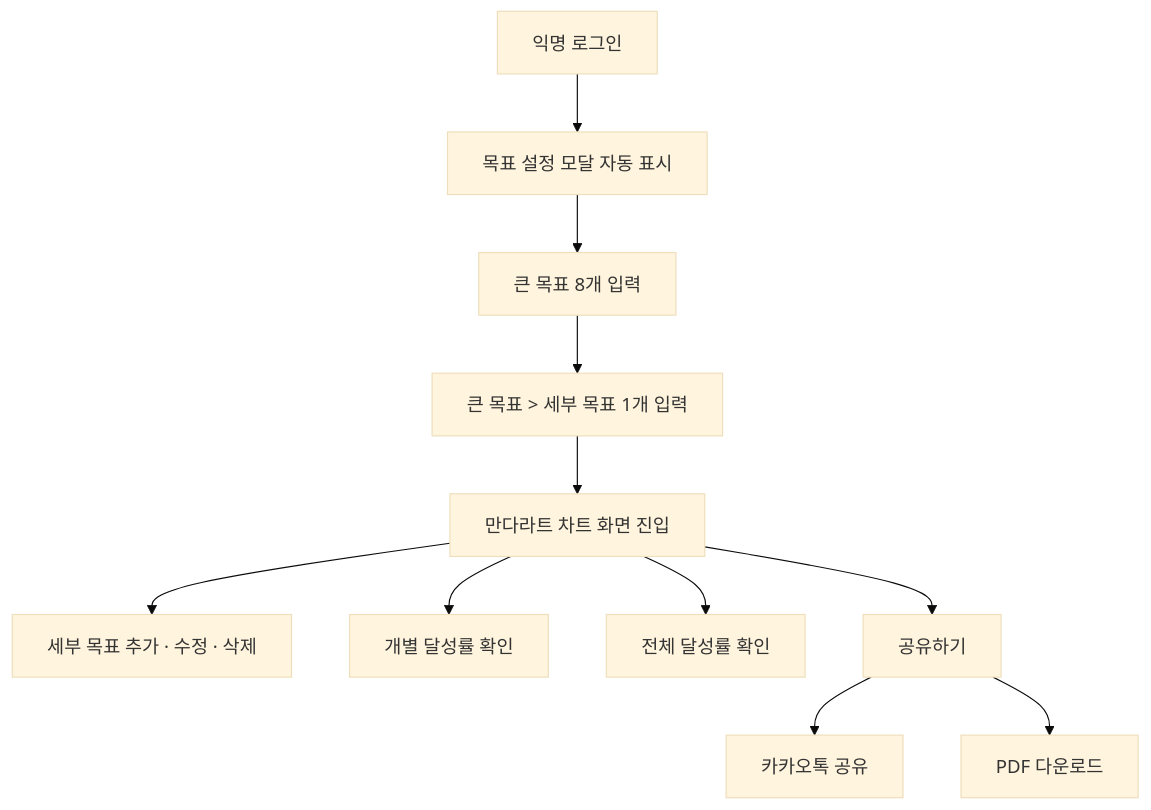
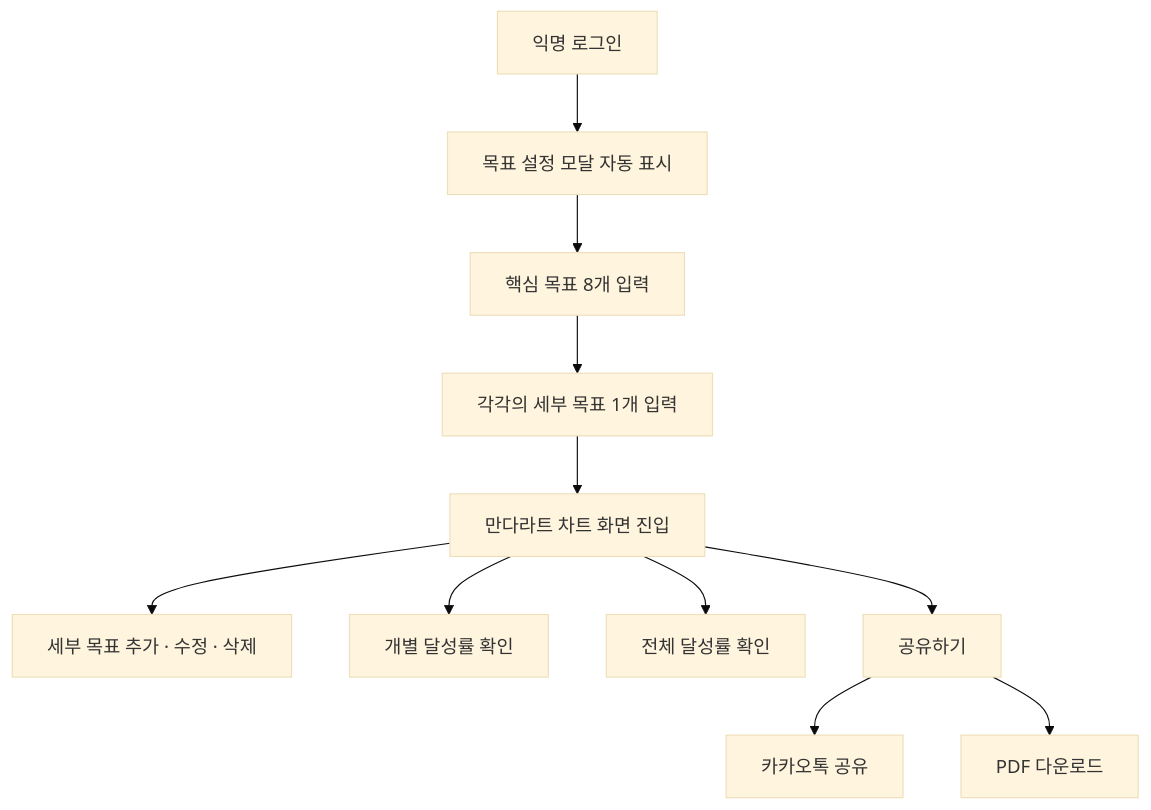
One commit to leeboa2005/mandarat-planner changed the diagram in README.md. Above: the diagram before and after it, drawn with Mermaid (base theme). The commit also changed other lines of this file, not shown here.

````diff
--- a/README.md
+++ b/README.md
@@ -106,18 +97,18 @@
 ```mermaid
 flowchart TD
     A[익명 로그인]
     A --> B[목표 설정 모달 자동 표시]
 
-    B --> C[큰 목표 8개 입력]
-    C --> D[ 큰 목표 > 세부 목표 1개 입력]
+    B --> C[핵심 목표 8개 입력]
+    C --> D[ 각각의 세부 목표 1개 입력]
 
     D --> E[만다라트 차트 화면 진입]
 
     E --> F[세부 목표 추가 · 수정 · 삭제]
     E --> G[개별 달성률 확인]
     E --> H[전체 달성률 확인]
 
     E --> I[공유하기]
     I --> J[카카오톡 공유]
     I --> K[PDF 다운로드]
 ```
````
